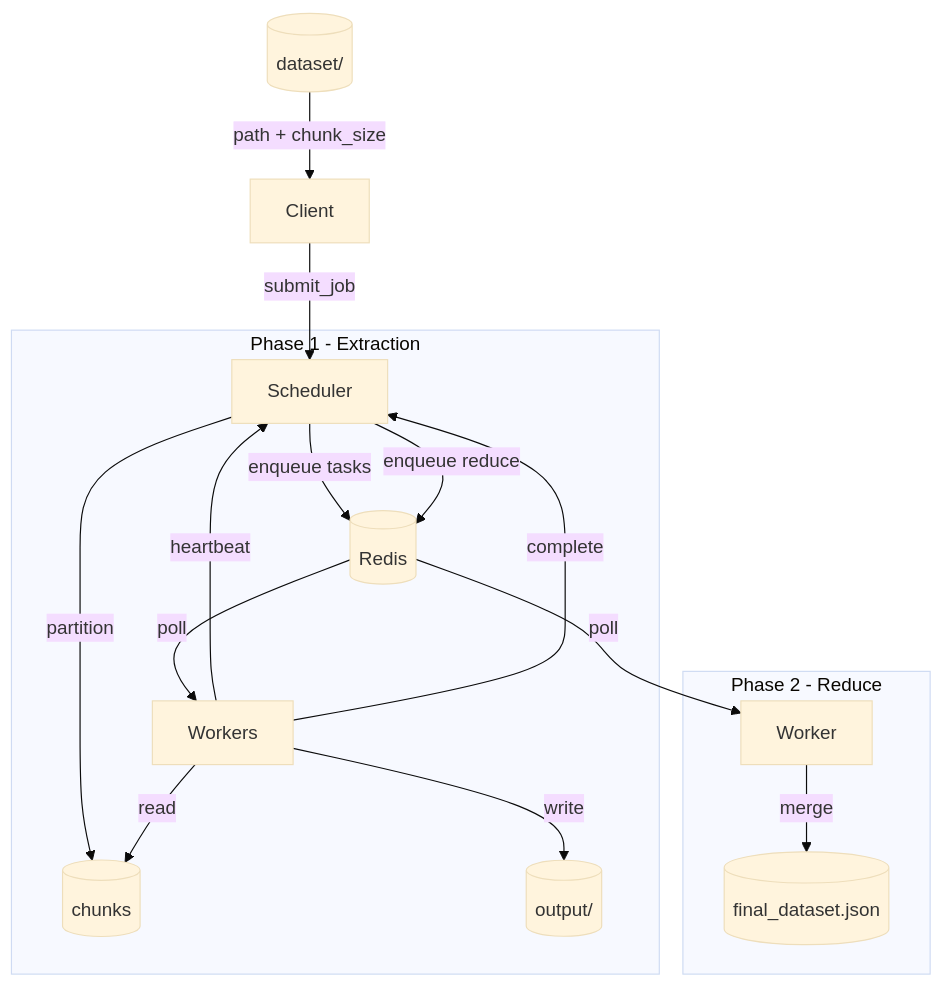
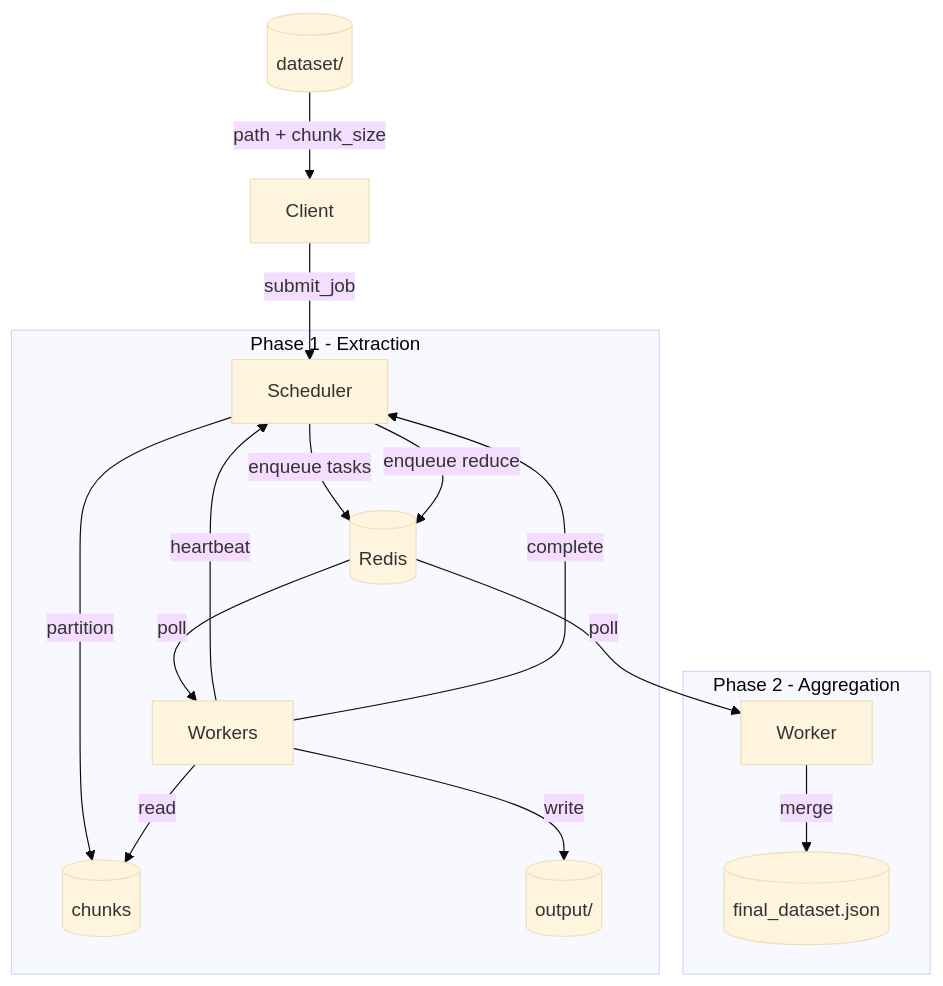
One commit to flsoares8/pollution-map changed the diagram in docs/architecture.md. Above: the diagram before and after it, drawn with Mermaid (base theme).

Commit message:
Rename phase 2

````diff
--- a/docs/architecture.md
+++ b/docs/architecture.md
@@ -88,21 +88,21 @@
 ```mermaid
 flowchart TD
     Dataset[(dataset/)] -->|path + chunk_size| Client
     Client -->|submit_job| Scheduler
     Scheduler -->|partition| Chunks[(chunks)]
 
     subgraph Phase 1 - Extraction
         Scheduler -->|enqueue tasks| Redis[(Redis)]
         Redis -->|poll| Workers[Workers]
         Workers -->|read| Chunks
         Workers -->|write| Output[(output/)]
         Workers -->|heartbeat| Scheduler
         Workers -->|complete| Scheduler
     end
 
-    subgraph Phase 2 - Reduce
+    subgraph Phase 2 - Aggregation
         Scheduler -->|enqueue reduce| Redis
         Redis -->|poll| Reducer[Worker]
         Reducer -->|merge| FinalDataset[(final_dataset.json)]
     end
 ```
````
